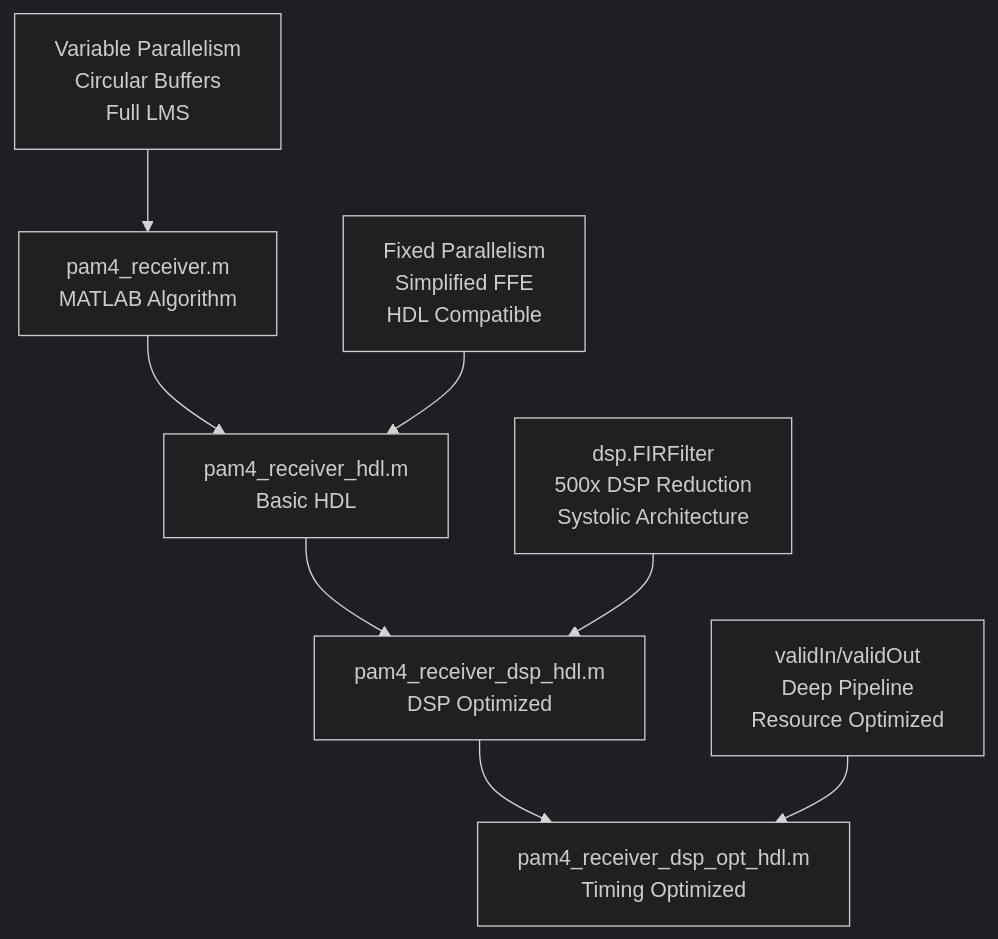
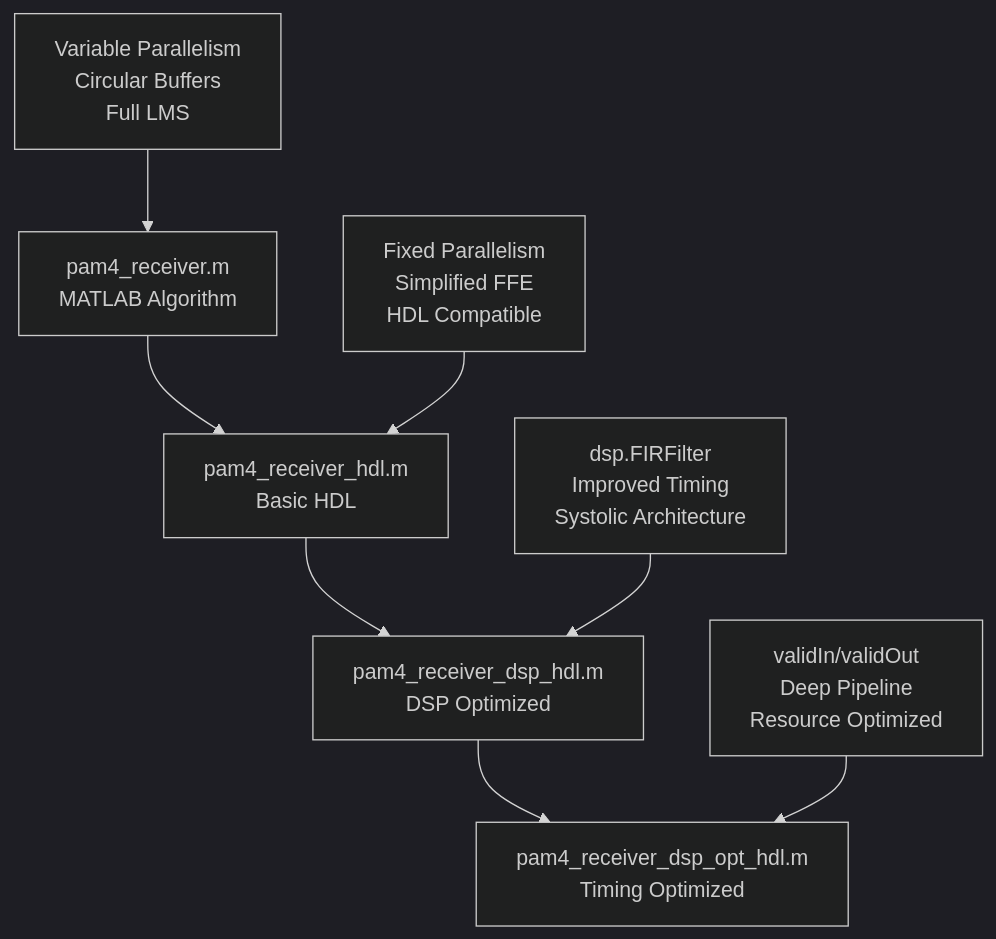
One commit to rockyco/PAM4Receiver changed the diagram in docs/PAM4_Receiver_Design_Evolution_Analysis.md. Above: the diagram before and after it, drawn with Mermaid (dark theme). The commit also changed other lines of this file and 25 other files, not shown here.

````diff
--- a/docs/PAM4_Receiver_Design_Evolution_Analysis.md
+++ b/docs/PAM4_Receiver_Design_Evolution_Analysis.md
@@ -28,11 +28,11 @@
 ```mermaid
 graph TD
     A[pam4_receiver.m<br/>MATLAB Algorithm] --> B[pam4_receiver_hdl.m<br/>Basic HDL]
     B --> C[pam4_receiver_dsp_hdl.m<br/>DSP Optimized]
     C --> D[pam4_receiver_dsp_opt_hdl.m<br/>Timing Optimized]
     
     A1[Variable Parallelism<br/>Circular Buffers<br/>Full LMS] --> A
     B1[Fixed Parallelism<br/>Simplified FFE<br/>HDL Compatible] --> B
-    C1[dsp.FIRFilter<br/>500x DSP Reduction<br/>Systolic Architecture] --> C
+    C1[dsp.FIRFilter<br/>Improved Timing<br/>Systolic Architecture] --> C
     D1[validIn/validOut<br/>Deep Pipeline<br/>Resource Optimized] --> D
 ```
````
